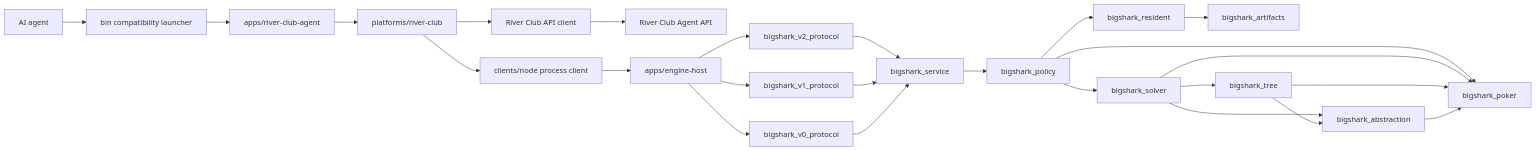
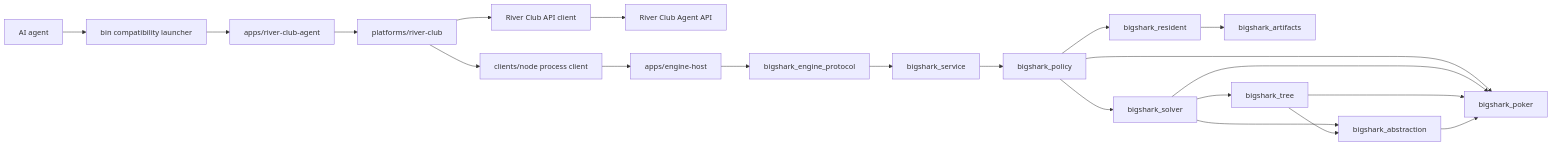
One commit to Zzzode/BigShark changed the diagram in docs/architecture/system-overview.md. Above: the diagram before and after it, drawn with Mermaid. The commit also changed other lines of this file and 160 other files, not shown here.

````diff
--- a/docs/architecture/system-overview.md
+++ b/docs/architecture/system-overview.md
@@ -39,27 +35,23 @@
 ```mermaid
 flowchart LR
   Agent[AI agent] --> Launcher[bin compatibility launcher]
   Launcher --> Runner[apps/river-club-agent]
   Runner --> River[platforms/river-club]
   River --> CLI[River Club API client]
   CLI --> API[River Club Agent API]
   River --> Client[clients/node process client]
   Client --> Host[apps/engine-host]
-  Host --> V2[bigshark_v2_protocol]
-  Host --> V1[bigshark_v1_protocol]
-  Host --> V0[bigshark_v0_protocol]
-  V2 --> Service[bigshark_service]
-  V1 --> Service
-  V0 --> Service
+  Host --> Proto[bigshark_engine_protocol]
+  Proto --> Service[bigshark_service]
   Service --> Policy[bigshark_policy]
   Policy --> Resident[bigshark_resident]
   Resident --> Artifacts[bigshark_artifacts]
   Policy --> Solver[bigshark_solver]
   Policy --> Poker[bigshark_poker]
   Solver --> Tree[bigshark_tree]
   Solver --> Abstraction[bigshark_abstraction]
   Solver --> Poker
   Tree --> Abstraction
   Tree --> Poker
   Abstraction --> Poker
 ```
````
